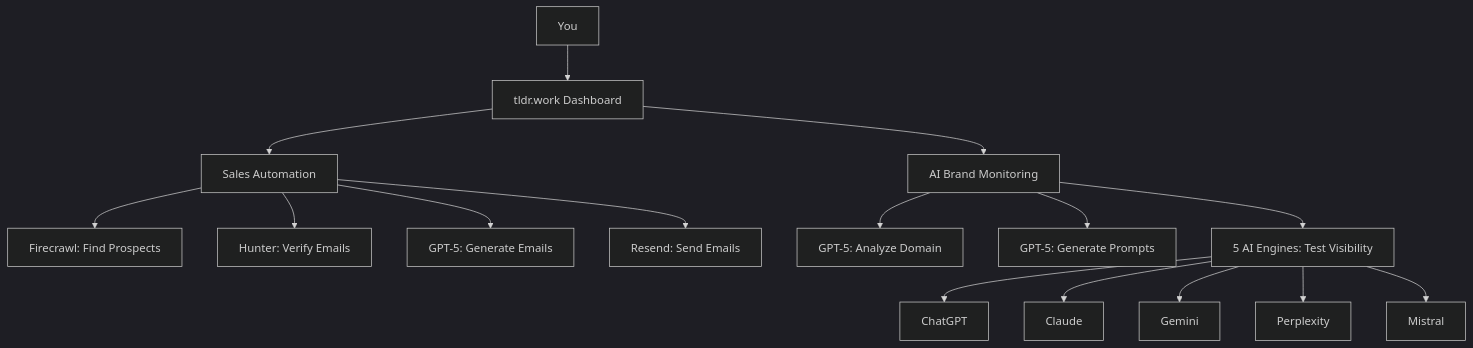
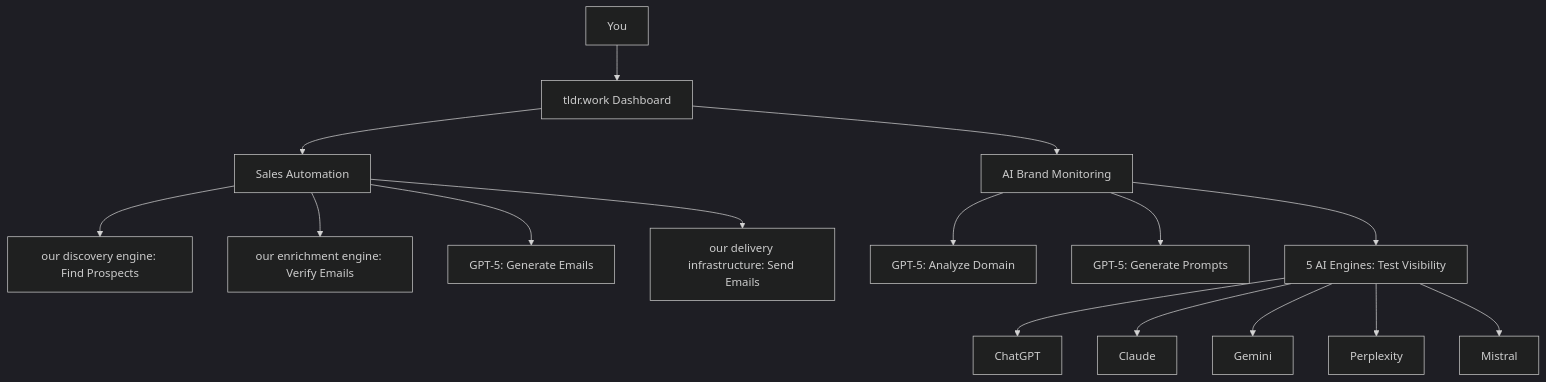
The diagram in introduction/how-it-works.mdx (cadmarlow/mintlify-docs), drawn with Mermaid (dark theme) before and after one commit. The commit also changed other lines of this file and 20 other files, not shown here.

````diff
--- a/introduction/how-it-works.mdx
+++ b/introduction/how-it-works.mdx
@@ -12,21 +12,21 @@
 ```mermaid
 graph TB
     A[You] --> B[tldr.work Dashboard]
     B --> C[Sales Automation]
     B --> D[AI Brand Monitoring]
     
-    C --> E[Firecrawl: Find Prospects]
-    C --> F[Hunter: Verify Emails]
+    C --> E[our discovery engine: Find Prospects]
+    C --> F[our enrichment engine: Verify Emails]
     C --> G[GPT-5: Generate Emails]
-    C --> H[Resend: Send Emails]
+    C --> H[our delivery infrastructure: Send Emails]
     
     D --> I[GPT-5: Analyze Domain]
     D --> J[GPT-5: Generate Prompts]
     D --> K[5 AI Engines: Test Visibility]
     
     K --> L[ChatGPT]
     K --> M[Claude]
     K --> N[Gemini]
     K --> O[Perplexity]
     K --> P[Mistral]
 ```
````
